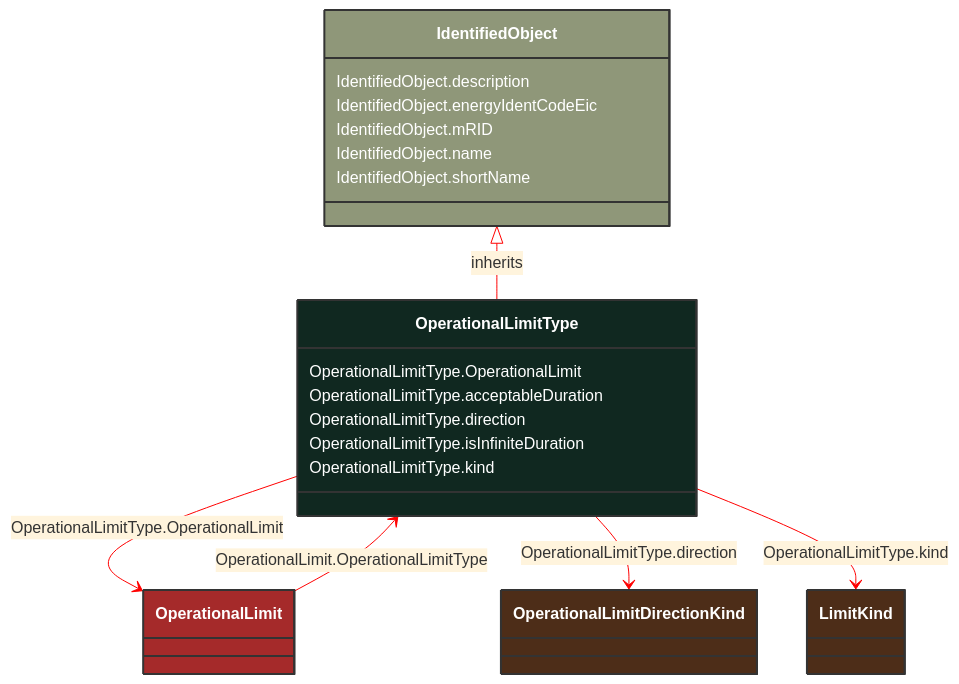
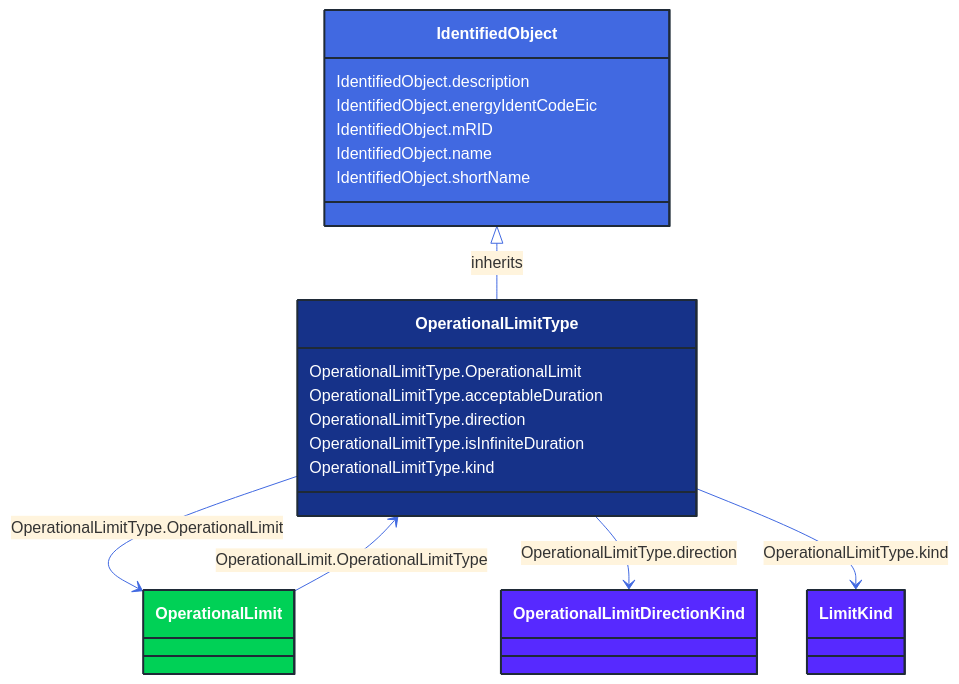
One commit to 3lbits/NoCIMExtensions changed the diagram in docs/Models/Profiles/CoreEquipment/ConcreteClasses/OperationalLimitType.md. Above: the diagram before and after it, drawn with Mermaid. The commit also changed 362 other files, not shown here.

First line of the commit message:
Update diagrams and styles for improved visual consistency

````diff
--- a/docs/Models/Profiles/CoreEquipment/ConcreteClasses/OperationalLimitType.md
+++ b/docs/Models/Profiles/CoreEquipment/ConcreteClasses/OperationalLimitType.md
@@ -8,45 +8,45 @@
 ```mermaid
-%%{init: {'theme':'base','themeVariables': {'lineColor': '#FF0000'}}}%%
+%%{init: {'theme':'base','themeVariables': {'lineColor': '#4169E1'}}}%%
 classDiagram
     class OperationalLimitType
     click OperationalLimitType href "/Models/Profiles/CoreEquipment/ConcreteClasses/OperationalLimitType/"
-    style OperationalLimitType fill:#102820,stroke:#333,stroke-width:2px,rx:10,ry:10,color:white
+    style OperationalLimitType fill:#163289,stroke:#1F2A37,stroke-width:2px,rx:10,ry:10,color:white
      
         IdentifiedObject <|-- OperationalLimitType : inherits
             click IdentifiedObject href "/Models/Profiles/CoreEquipment/AbstractClasses/IdentifiedObject/"
-            style IdentifiedObject fill:#8F9779,stroke:#333,stroke-width:2px,rx:10,ry:10,color:white
+            style IdentifiedObject fill:#4169E1,stroke:#1F2A37,stroke-width:2px,rx:10,ry:10,color:white
 
         OperationalLimitType --> OperationalLimit : OperationalLimitType.OperationalLimit
 
         OperationalLimit
             click OperationalLimit href "/Models/Profiles/CoreEquipment/AbstractClasses/OperationalLimit/"
-            style OperationalLimit fill:#A52A2A,stroke:#333,stroke-width:2px,rx:10,ry:10,color:white
+            style OperationalLimit fill:#00D156,stroke:#1F2A37,stroke-width:2px,rx:10,ry:10,color:white
 
         OperationalLimit --> OperationalLimitType : OperationalLimit.OperationalLimitType
 
         OperationalLimit
             click OperationalLimit href "/Models/Profiles/CoreEquipment/AbstractClasses/OperationalLimit/"
-            style OperationalLimit fill:#A52A2A,stroke:#333,stroke-width:2px,rx:10,ry:10,color:white
+            style OperationalLimit fill:#00D156,stroke:#1F2A37,stroke-width:2px,rx:10,ry:10,color:white
 
         OperationalLimitType --> OperationalLimitDirectionKind : OperationalLimitType.direction
 
         OperationalLimitDirectionKind
             click OperationalLimitDirectionKind href "/Models/Profiles/CoreEquipment/Enumerations/OperationalLimitDirectionKind/"
-            style OperationalLimitDirectionKind fill:#4D2D18,stroke:#333,stroke-width:2px,rx:10,ry:10,color:white
+            style OperationalLimitDirectionKind fill:#5729FF,stroke:#1F2A37,stroke-width:2px,rx:10,ry:10,color:white
         OperationalLimitType --> LimitKind : OperationalLimitType.kind
 
         LimitKind
             click LimitKind href "/Models/Profiles/CoreEquipment/Enumerations/LimitKind/"
-            style LimitKind fill:#4D2D18,stroke:#333,stroke-width:2px,rx:10,ry:10,color:white
+            style LimitKind fill:#5729FF,stroke:#1F2A37,stroke-width:2px,rx:10,ry:10,color:white
 
         OperationalLimitType : OperationalLimitType.OperationalLimit
         OperationalLimitType : OperationalLimitType.acceptableDuration
         OperationalLimitType : OperationalLimitType.direction
         OperationalLimitType : OperationalLimitType.isInfiniteDuration
         OperationalLimitType : OperationalLimitType.kind
         IdentifiedObject : IdentifiedObject.description
         IdentifiedObject : IdentifiedObject.energyIdentCodeEic
         IdentifiedObject : IdentifiedObject.mRID
         IdentifiedObject : IdentifiedObject.name
         IdentifiedObject : IdentifiedObject.shortName
 ```
````
